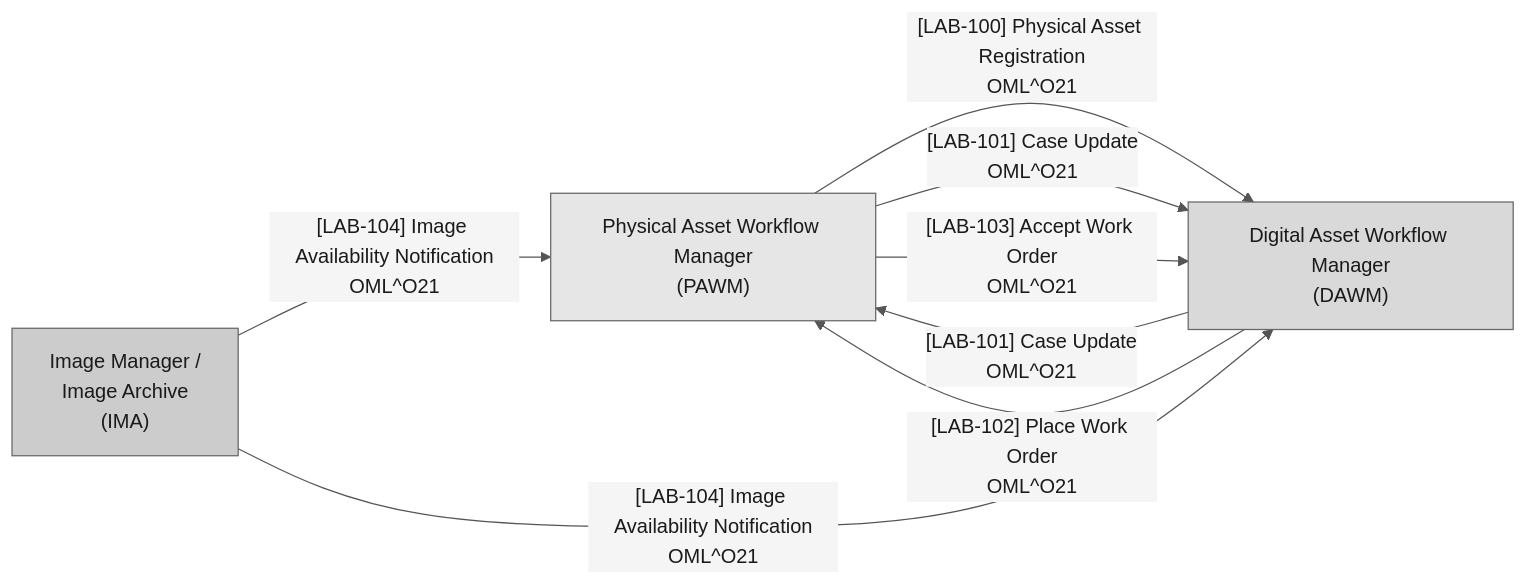
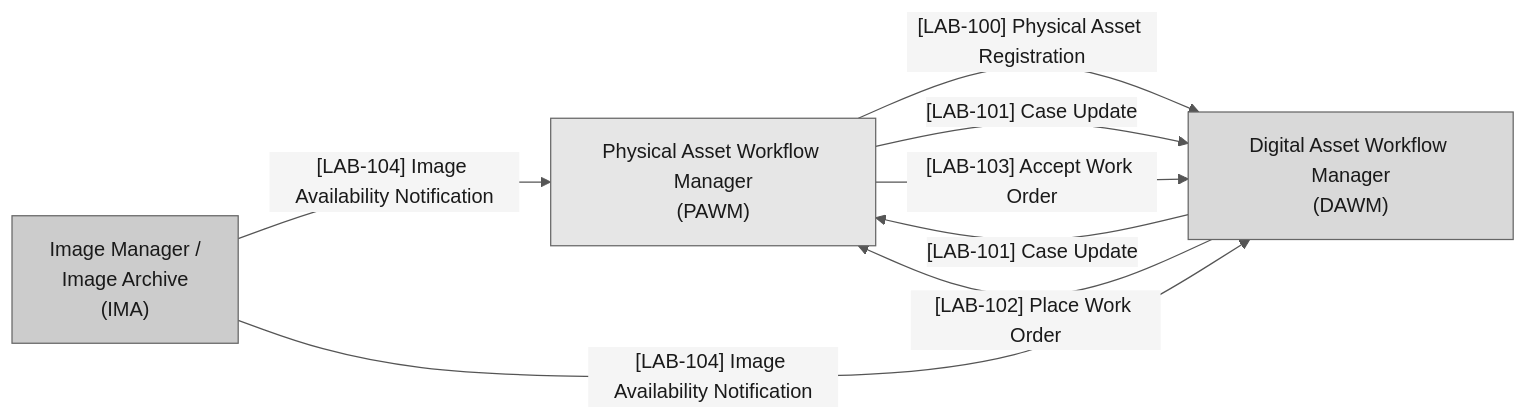
The first of 8 diagrams in input/pagecontent/volume-1.md (rufern/PaLM.DPOW), drawn with Mermaid before and after one commit. The commit also changed other lines of this file and 8 other files, not shown here.

````diff
--- a/input/pagecontent/volume-1.md
+++ b/input/pagecontent/volume-1.md
@@ -20,19 +20,19 @@
 ```mermaid
 %%{init: {"theme":"base","themeVariables":{"primaryColor":"#e6e6e6","primaryBorderColor":"#666666","primaryTextColor":"#1a1a1a","lineColor":"#555555","textColor":"#1a1a1a","mainBkg":"#e6e6e6","nodeBorder":"#666666","clusterBkg":"#f5f5f5","clusterBorder":"#999999","actorBkg":"#e6e6e6","actorBorder":"#666666","actorTextColor":"#1a1a1a","actorLineColor":"#888888","signalColor":"#333333","signalTextColor":"#1a1a1a","noteBkgColor":"#dcdcdc","noteTextColor":"#1a1a1a","noteBorderColor":"#999999","labelBoxBkgColor":"#dcdcdc","labelBoxBorderColor":"#999999","labelTextColor":"#1a1a1a","edgeLabelBackground":"#f5f5f5","sequenceNumberColor":"#1a1a1a"}}}%%
 graph LR
   PAWM["Physical Asset Workflow Manager\n(PAWM)"]
   IMA["Image Manager /\nImage Archive\n(IMA)"]
   DAWM["Digital Asset Workflow Manager\n(DAWM)"]
 
-  PAWM -->|"[LAB-100] Physical Asset Registration\nOML^O21"| DAWM
-  PAWM -->|"[LAB-101] Case Update\nOML^O21"| DAWM
-  DAWM -->|"[LAB-101] Case Update\nOML^O21"| PAWM
-  DAWM -->|"[LAB-102] Place Work Order\nOML^O21"| PAWM
-  PAWM -->|"[LAB-103] Accept Work Order\nOML^O21"| DAWM
-  IMA -->|"[LAB-104] Image Availability Notification\nOML^O21"| PAWM
-  IMA -->|"[LAB-104] Image Availability Notification\nOML^O21"| DAWM
+  PAWM -->|"[LAB-100] Physical Asset Registration"| DAWM
+  PAWM -->|"[LAB-101] Case Update"| DAWM
+  DAWM -->|"[LAB-101] Case Update"| PAWM
+  DAWM -->|"[LAB-102] Place Work Order"| PAWM
+  PAWM -->|"[LAB-103] Accept Work Order"| DAWM
+  IMA -->|"[LAB-104] Image Availability Notification"| PAWM
+  IMA -->|"[LAB-104] Image Availability Notification"| DAWM
 
   style PAWM fill:#e6e6e6,stroke:#666666,color:#1a1a1a
   style IMA fill:#cccccc,stroke:#666666,color:#1a1a1a
   style DAWM fill:#d9d9d9,stroke:#666666,color:#1a1a1a
 ```
````
